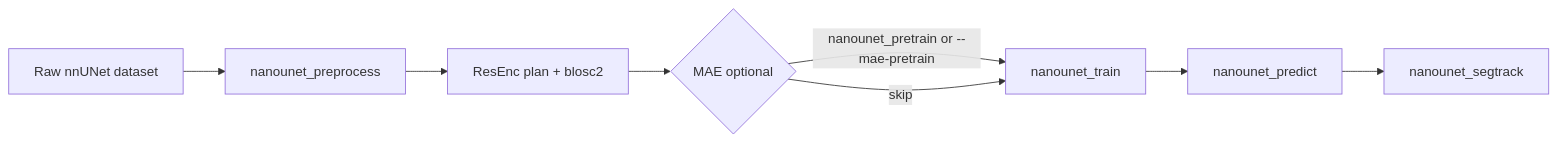
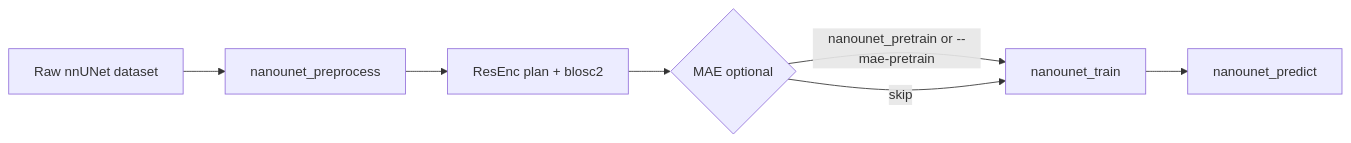
One commit to nielsRocholl/nanoUNet changed the diagram in nanounet/docs/index.md. Above: the diagram before and after it, drawn with Mermaid. The commit also changed other lines of this file and 23 other files, not shown here.

First line of the commit message:
refactor(segtrack): own project (depends on nanounet + lesionglue)

````diff
--- a/nanounet/docs/index.md
+++ b/nanounet/docs/index.md
@@ -7,10 +7,9 @@
 ```mermaid
 flowchart LR
     raw[Raw nnUNet dataset] --> preprocess[nanounet_preprocess]
     preprocess --> plan[ResEnc plan + blosc2]
     plan --> pretrain{MAE optional}
     pretrain -->|nanounet_pretrain or --mae-pretrain| train[nanounet_train]
     pretrain -->|skip| train
     train --> predict[nanounet_predict]
-    predict --> track[nanounet_segtrack]
 ```
````
